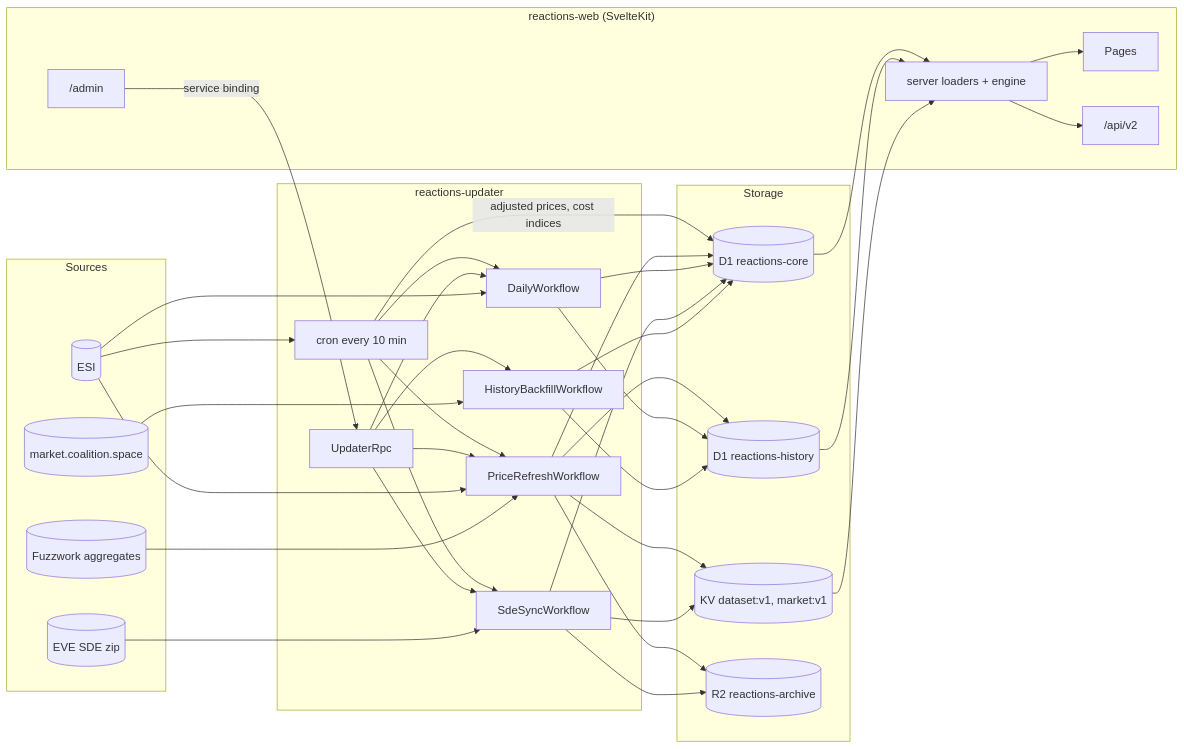
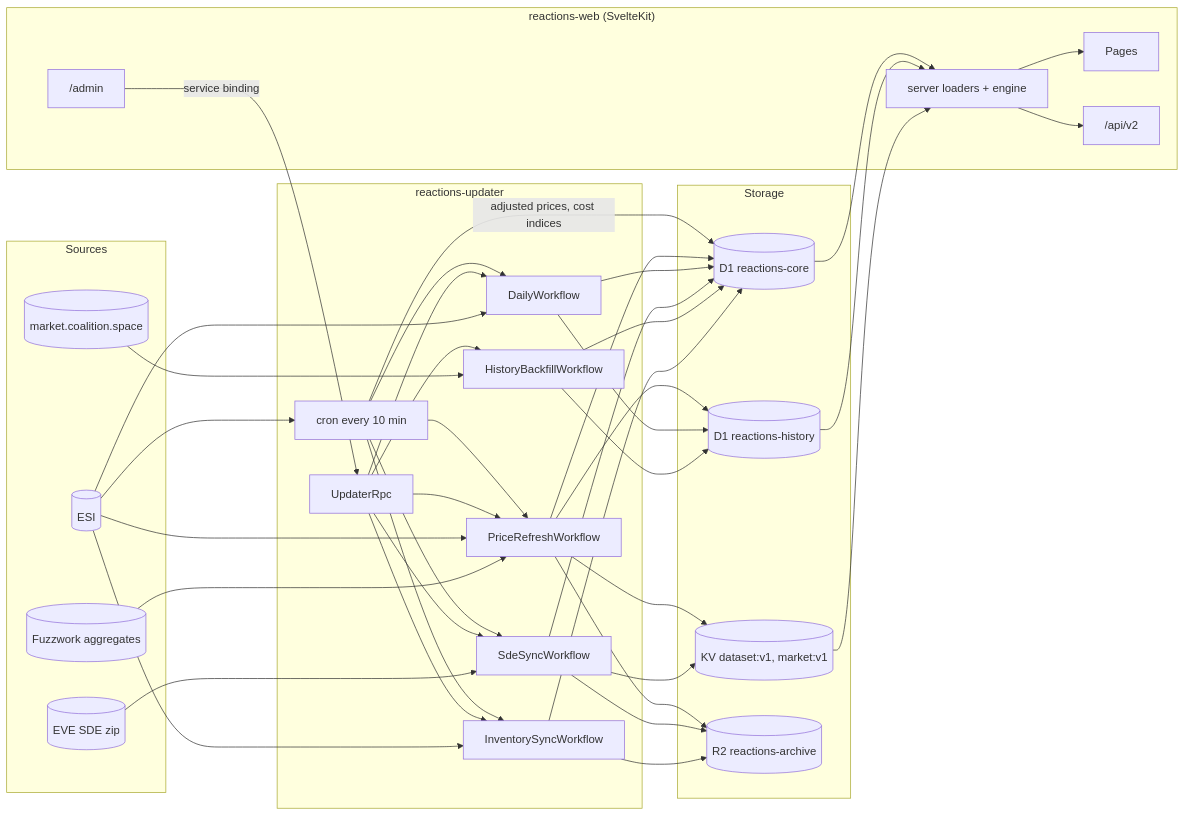
Before and after one commit to zmiguel/Eve-Reactions-Calculator: the diagram in docs/architecture.md, drawn with Mermaid. The commit also changed other lines of this file and 128 other files, not shown here.

````diff
--- a/docs/architecture.md
+++ b/docs/architecture.md
@@ -12,43 +12,45 @@
 ```mermaid
 flowchart LR
   subgraph Sources
     ESI[(ESI)]
     FW[(Fuzzwork aggregates)]
     SDE[(EVE SDE zip)]
     MIRROR[(market.coalition.space)]
   end
   subgraph Updater["reactions-updater"]
     CRON["cron every 10 min"]
     PR[PriceRefreshWorkflow]
     DW[DailyWorkflow]
     SW[SdeSyncWorkflow]
     HB[HistoryBackfillWorkflow]
+    IS[InventorySyncWorkflow]
     RPC[UpdaterRpc]
   end
   subgraph Storage
     CORE[("D1 reactions-core")]
     HIST[("D1 reactions-history")]
     KV[("KV dataset:v1, market:v1")]
     R2[("R2 reactions-archive")]
   end
   subgraph Web["reactions-web (SvelteKit)"]
     LOAD["server loaders + engine"]
     PAGES[Pages]
     API["/api/v2"]
     ADMIN["/admin"]
   end
-  CRON --> PR & DW & SW
+  CRON --> PR & DW & SW & IS
   CRON -->|adjusted prices, cost indices| CORE
-  RPC --> PR & DW & SW & HB
-  ESI --> CRON & PR & DW
+  RPC --> PR & DW & SW & HB & IS
+  ESI --> CRON & PR & DW & IS
   FW --> PR
   SDE --> SW
   MIRROR --> HB
   PR --> CORE & HIST & KV & R2
   DW --> CORE & HIST
   SW --> CORE & KV & R2
   HB --> CORE & HIST
+  IS --> CORE & R2
   CORE & HIST & KV --> LOAD
   LOAD --> PAGES & API
   ADMIN -->|service binding| RPC
 ```
````
